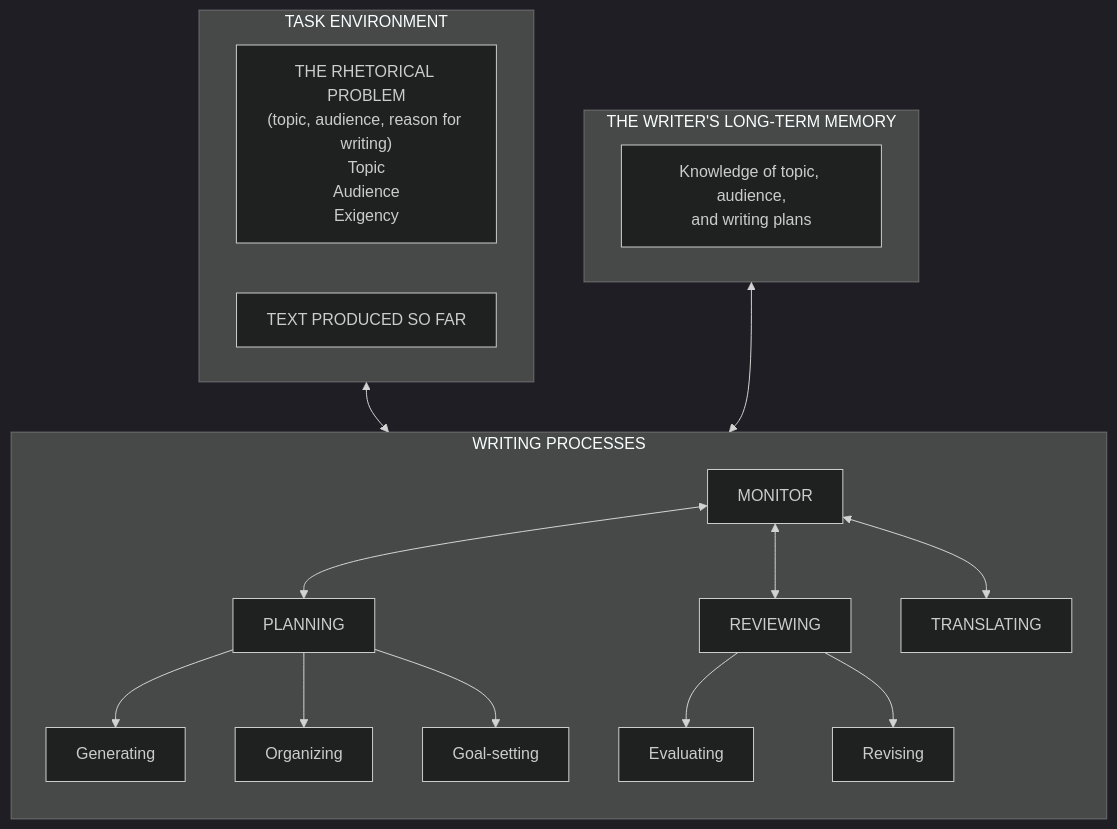
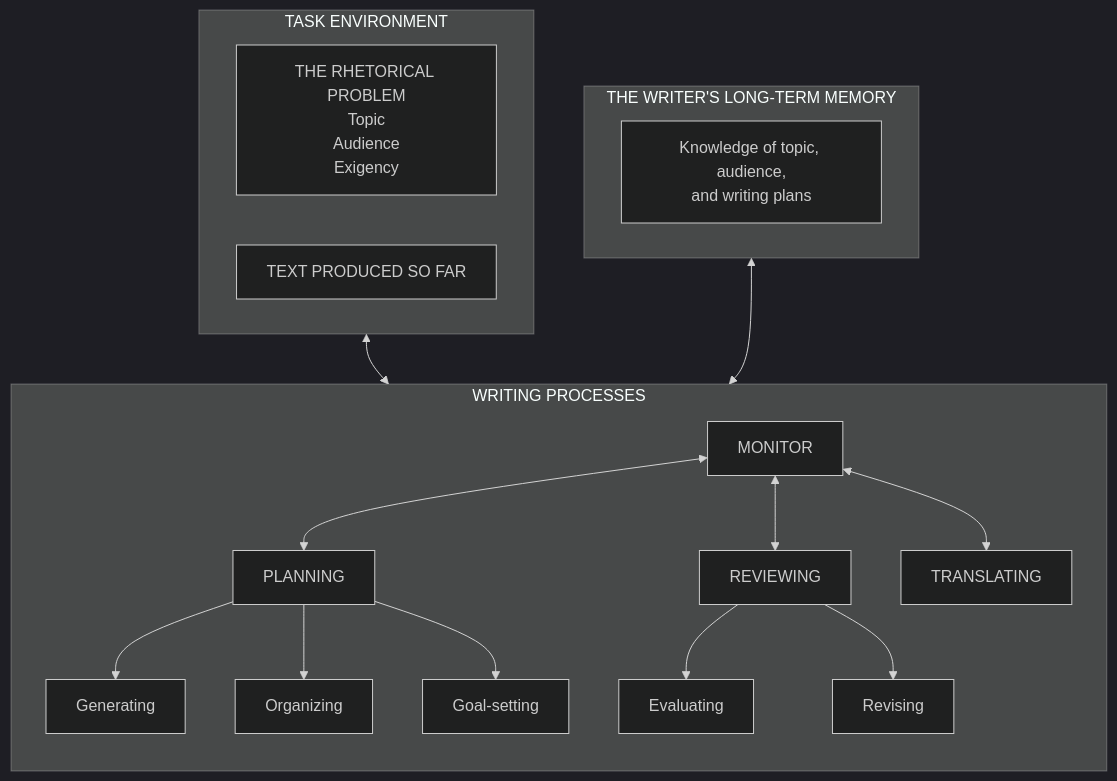
One commit to shunk031/agentic-cognitive-writing changed the diagram in README.md. Above: the diagram before and after it, drawn with Mermaid (dark theme). The commit also changed 1 other file, not shown here.

Commit message:
Fix final README redundancies

````diff
--- a/README.md
+++ b/README.md
@@ -19,36 +19,36 @@
 ```mermaid
 flowchart TB
     subgraph task["TASK ENVIRONMENT"]
-        problem["THE RHETORICAL PROBLEM<br/>(topic, audience, reason for writing)<br/>Topic<br/>Audience<br/>Exigency"]
+        problem["THE RHETORICAL PROBLEM<br/>Topic<br/>Audience<br/>Exigency"]
         text["TEXT PRODUCED SO FAR"]
     end
 
     subgraph memory["THE WRITER'S LONG-TERM MEMORY"]
         knowledge["Knowledge of topic, audience,<br/>and writing plans"]
     end
 
     subgraph processes["WRITING PROCESSES"]
         direction TB
         planning["PLANNING"]
         generating["Generating"]
         organizing["Organizing"]
         goalsetting["Goal-setting"]
         translating["TRANSLATING"]
         reviewing["REVIEWING"]
         evaluating["Evaluating"]
         revising["Revising"]
         monitor["MONITOR"]
 
         planning --> generating
         planning --> organizing
         planning --> goalsetting
         reviewing --> evaluating
         reviewing --> revising
         monitor <--> planning
         monitor <--> translating
         monitor <--> reviewing
     end
 
     task <--> processes
     memory <--> processes
 ```
````
